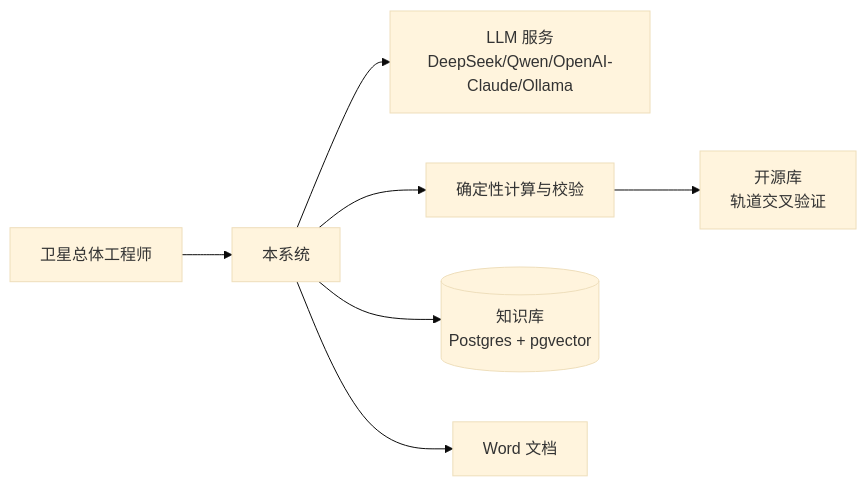
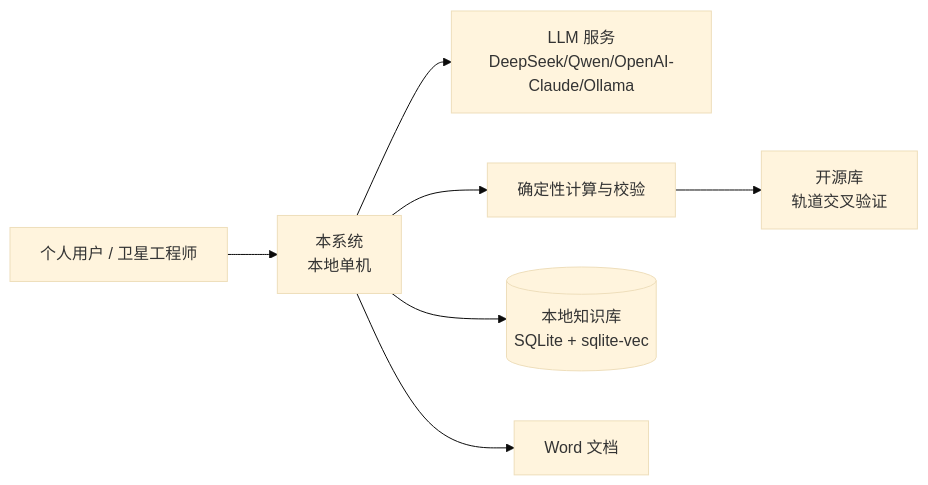
One commit to scarletcx/satellite-sd-agent changed the first of 2 diagrams in docs/02-overall-design.md. Above: the diagram before and after it, drawn with Mermaid (base theme). The commit also changed other lines of this file and 40 other files, not shown here.

First line of the commit message:
feat: 转为个人本地 agent（SQLite 记忆 + sqlite-vec + LangGraph 聊天）

````diff
--- a/docs/02-overall-design.md
+++ b/docs/02-overall-design.md
@@ -15,9 +15,9 @@
 ```mermaid
 flowchart LR
-  U[卫星总体工程师] --> S[本系统]
+  U[个人用户 / 卫星工程师] --> S[本系统<br/>本地单机]
   S --> M[LLM 服务<br/>DeepSeek/Qwen/OpenAI-Claude/Ollama]
   S --> C[确定性计算与校验]
-  S --> K[(知识库<br/>Postgres + pgvector)]
+  S --> K[(本地知识库<br/>SQLite + sqlite-vec)]
   S --> W[Word 文档]
   C --> L[开源库<br/>轨道交叉验证]
 ```
````
